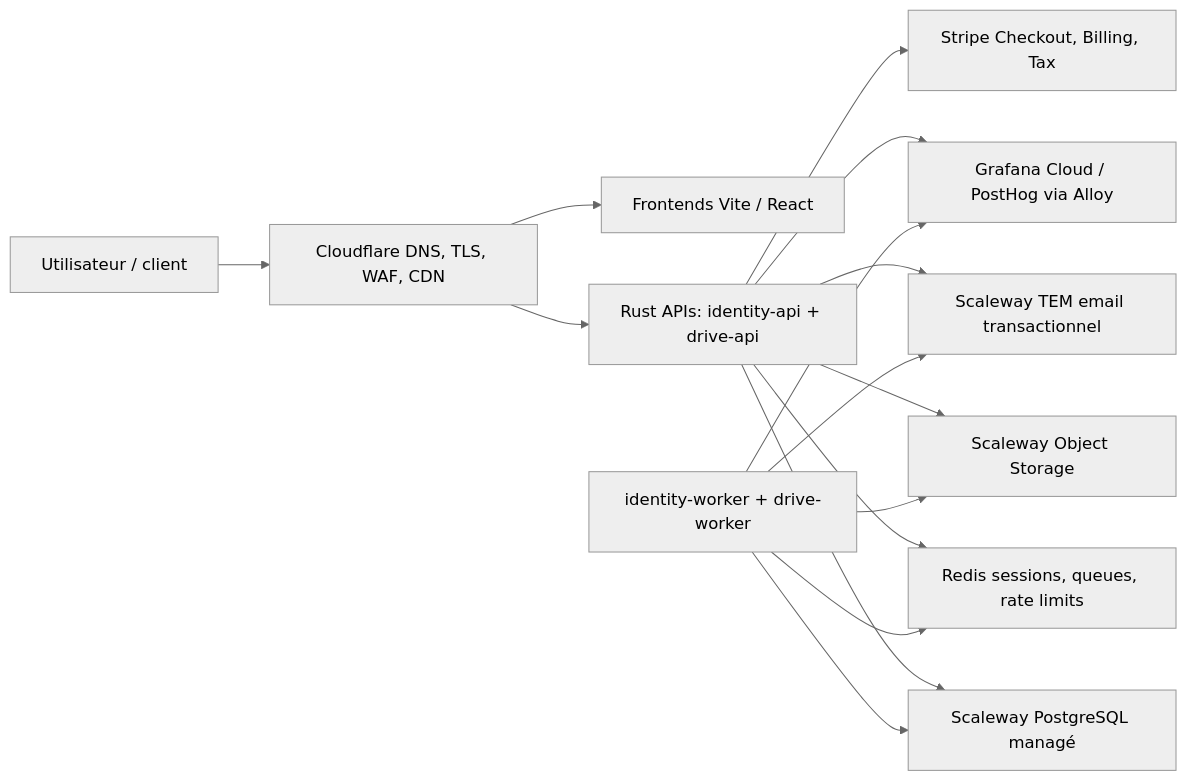
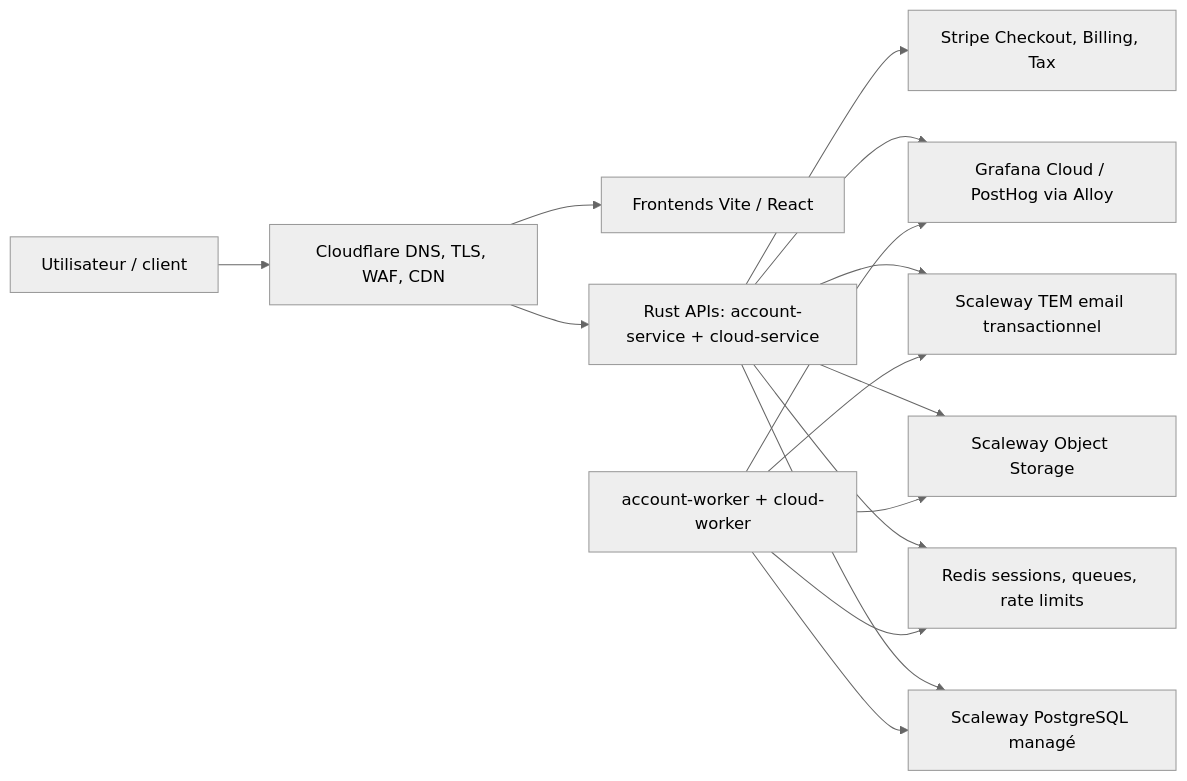
The diagram in docs/product/finops-zero-cost-production-audit.md (nvbes-org/nvbes), drawn with Mermaid (neutral theme) before and after one commit. The commit also changed other lines of this file and 452 other files, not shown here.

````diff
--- a/docs/product/finops-zero-cost-production-audit.md
+++ b/docs/product/finops-zero-cost-production-audit.md
@@ -40,17 +40,17 @@
 ```mermaid
 flowchart LR
   User["Utilisateur / client"] --> CF["Cloudflare DNS, TLS, WAF, CDN"]
   CF --> Web["Frontends Vite / React"]
-  CF --> API["Rust APIs: identity-api + drive-api"]
+  CF --> API["Rust APIs: account-service + cloud-service"]
   API --> PG["Scaleway PostgreSQL managé"]
   API --> Redis["Redis sessions, queues, rate limits"]
   API --> S3["Scaleway Object Storage"]
   API --> Stripe["Stripe Checkout, Billing, Tax"]
   API --> TEM["Scaleway TEM email transactionnel"]
-  Worker["identity-worker + drive-worker"] --> PG
+  Worker["account-worker + cloud-worker"] --> PG
   Worker --> Redis
   Worker --> S3
   Worker --> TEM
   API --> Obs["Grafana Cloud / PostHog via Alloy"]
   Worker --> Obs
 ```
````
